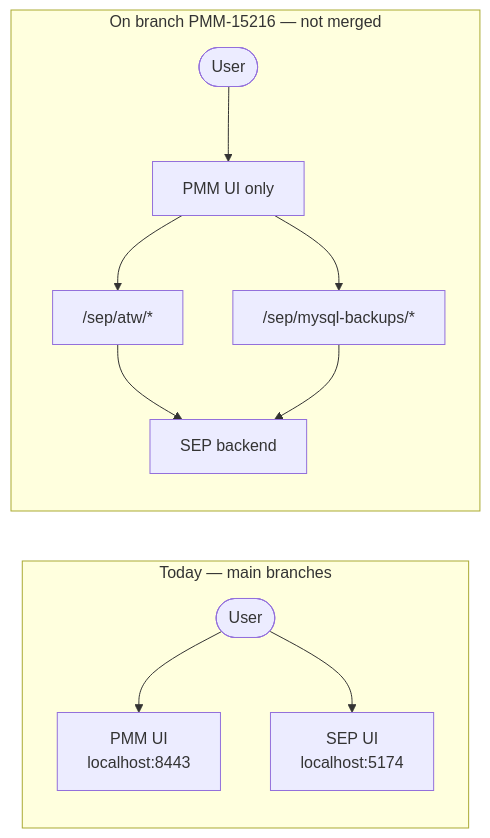
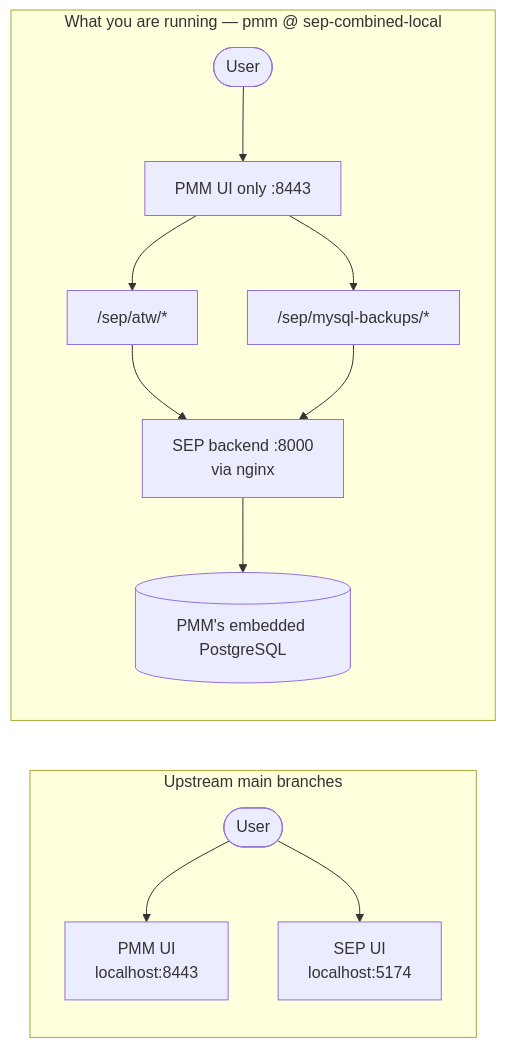
Diagram 11 of 11 in docs/topology.md (Percona-Lab/pom-workspace), drawn with Mermaid before and after one commit. The commit also changed other lines of this file and 5 other files, not shown here.

````diff
--- a/docs/topology.md
+++ b/docs/topology.md
@@ -499,15 +769,16 @@
 ```mermaid
 flowchart LR
-    subgraph NOW["Today — main branches"]
+    subgraph NOW["Upstream main branches"]
         U1(["User"]) --> P1["PMM UI<br/>localhost:8443"]
         U1 --> S1["SEP UI<br/>localhost:5174"]
     end
 
-    subgraph NEXT["On branch PMM-15216 — not merged"]
-        U2(["User"]) --> P2["PMM UI only"]
+    subgraph LOCAL["What you are running — pmm @ sep-combined-local"]
+        U2(["User"]) --> P2["PMM UI only :8443"]
         P2 --> R1["/sep/atw/*"]
         P2 --> R2["/sep/mysql-backups/*"]
-        R1 --> B2["SEP backend"]
+        R1 --> B2["SEP backend :8000<br/>via nginx"]
         R2 --> B2
+        B2 --> PG2[("PMM's embedded PostgreSQL")]
     end
 ```
````
